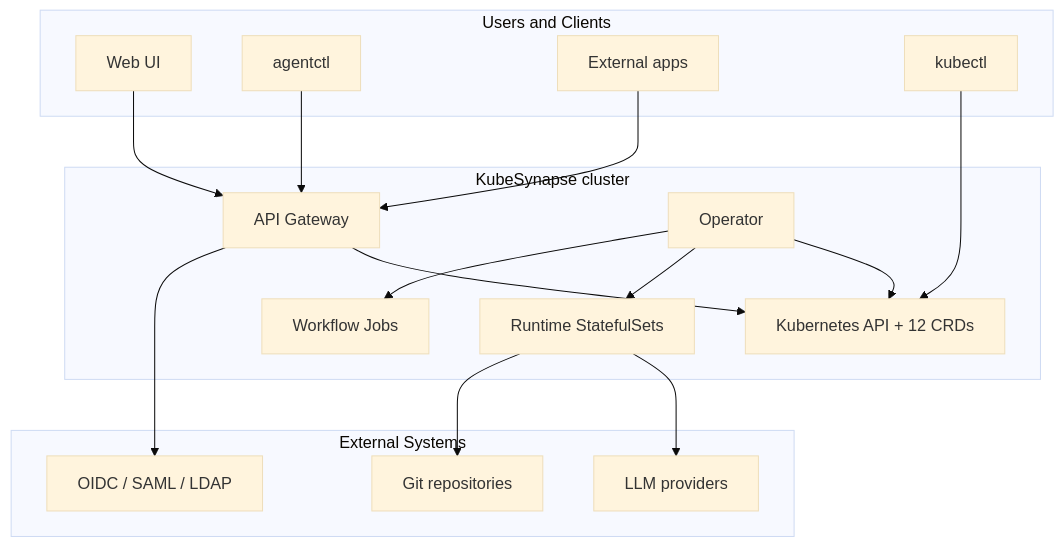
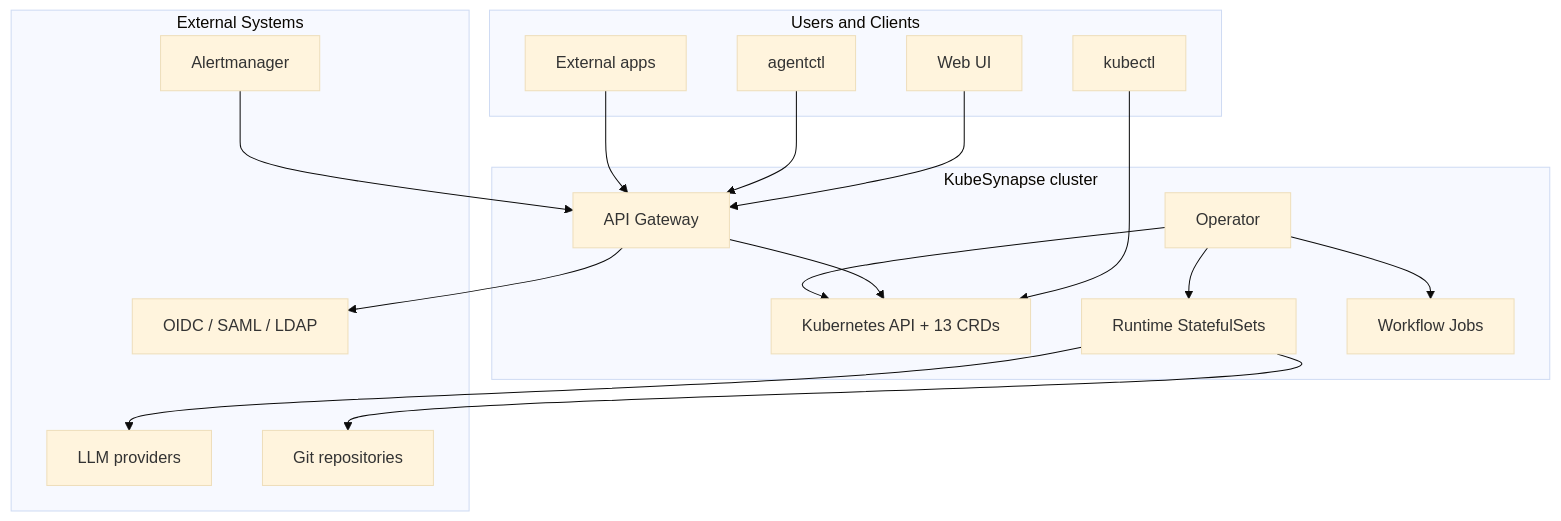
One commit to ykbytes/kubesynapse.ai changed the first of 6 diagrams in docs/architecture.md. Above: the diagram before and after it, drawn with Mermaid (base theme). The commit also changed other lines of this file and 19 other files, not shown here.

````diff
--- a/docs/architecture.md
+++ b/docs/architecture.md
@@ -28,36 +28,38 @@
 ```mermaid
 flowchart TB
     subgraph Clients["Users and Clients"]
         UI[Web UI]
         CLI[agentctl]
         APP[External apps]
         KCTL[kubectl]
     end
 
     subgraph External["External Systems"]
         LLM[LLM providers]
         IDP[OIDC / SAML / LDAP]
         GIT[Git repositories]
+        AM[Alertmanager]
     end
 
     subgraph Cluster["KubeSynapse cluster"]
-        K8S[Kubernetes API + 12 CRDs]
+        K8S[Kubernetes API + 13 CRDs]
         GW[API Gateway]
         OP[Operator]
         RT[Runtime StatefulSets]
         JOB[Workflow Jobs]
     end
 
     UI --> GW
     CLI --> GW
     APP --> GW
     KCTL --> K8S
 
     GW --> K8S
     GW --> IDP
     OP --> K8S
     OP --> RT
     OP --> JOB
     RT --> LLM
     RT --> GIT
+    AM --> GW
 ```
````
